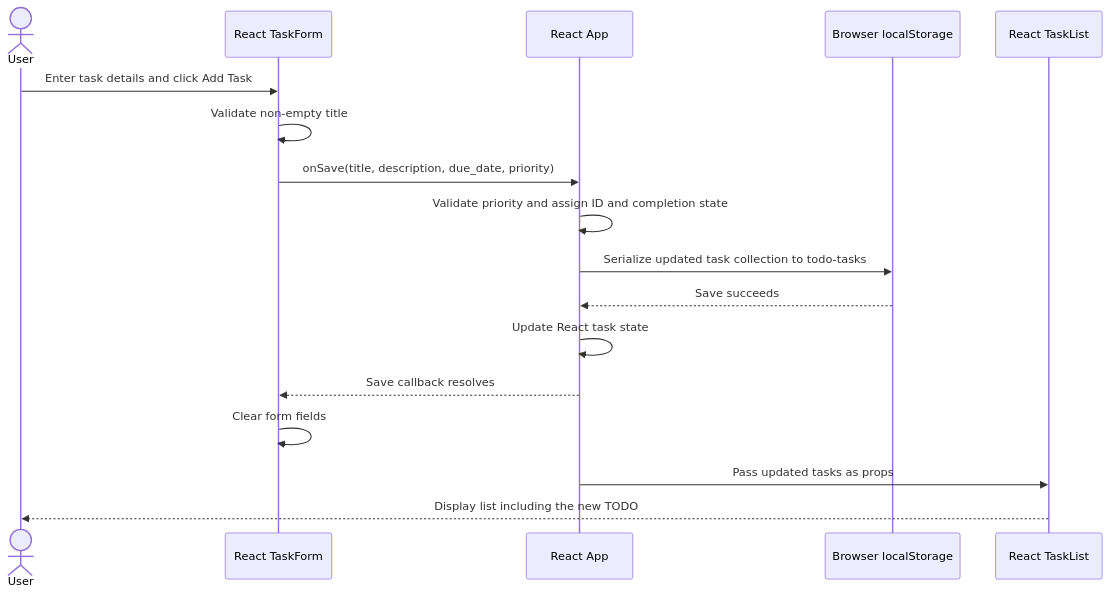
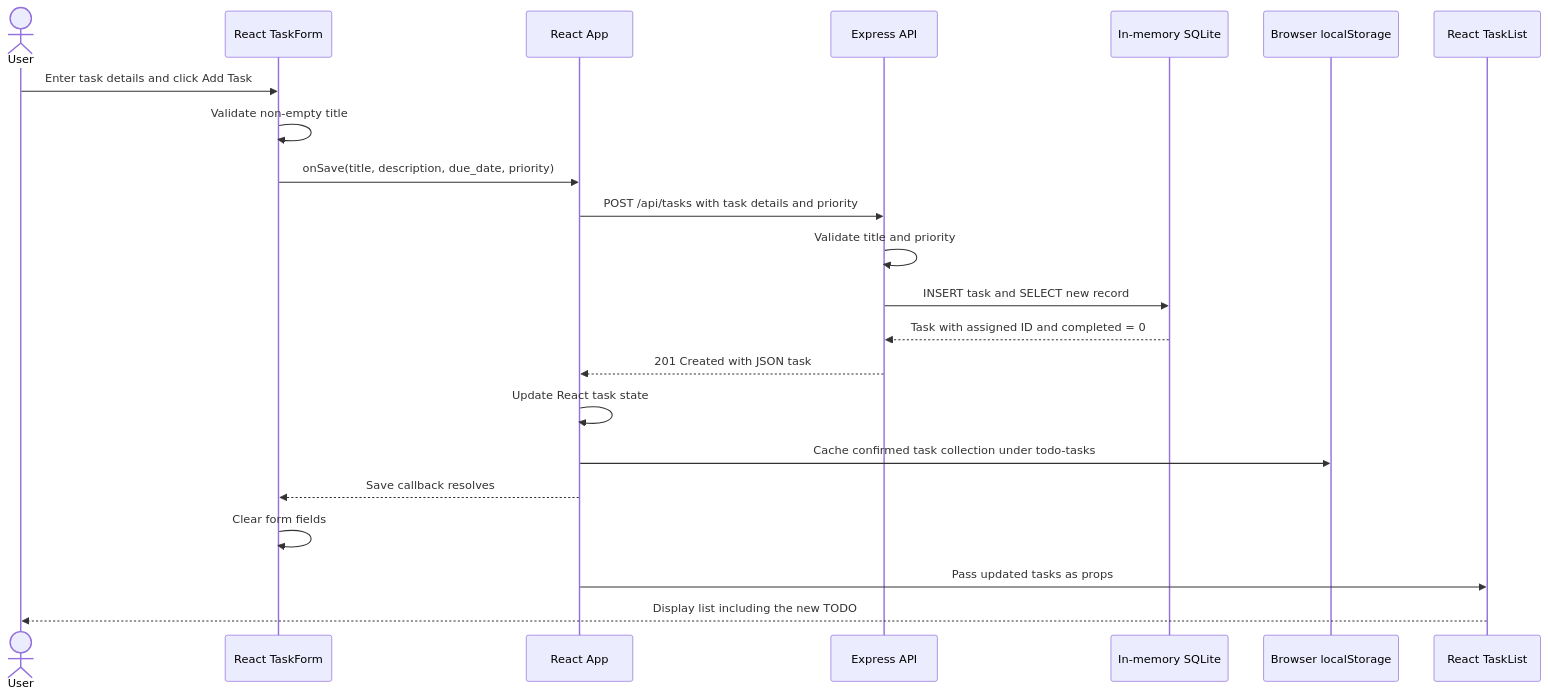
Before and after one commit to yehiaitani01/ae-bootcamp-session-3: the second of 2 diagrams in docs/cloud-architecture-overview.md, drawn with Mermaid. The commit also changed other lines of this file and 7 other files, not shown here.

````diff
--- a/docs/cloud-architecture-overview.md
+++ b/docs/cloud-architecture-overview.md
@@ -33,20 +35,25 @@
 ```mermaid
 sequenceDiagram
     actor User
     participant Form as React TaskForm
     participant App as React App
-    participant Store as Browser localStorage
+    participant API as Express API
+    participant Store as In-memory SQLite
+    participant Cache as Browser localStorage
     participant List as React TaskList
 
     User->>Form: Enter task details and click Add Task
     Form->>Form: Validate non-empty title
     Form->>App: onSave(title, description, due_date, priority)
-    App->>App: Validate priority and assign ID and completion state
-    App->>Store: Serialize updated task collection to todo-tasks
-    Store-->>App: Save succeeds
+    App->>API: POST /api/tasks with task details and priority
+    API->>API: Validate title and priority
+    API->>Store: INSERT task and SELECT new record
+    Store-->>API: Task with assigned ID and completed = 0
+    API-->>App: 201 Created with JSON task
     App->>App: Update React task state
+    App->>Cache: Cache confirmed task collection under todo-tasks
     App-->>Form: Save callback resolves
     Form->>Form: Clear form fields
     App->>List: Pass updated tasks as props
     List-->>User: Display list including the new TODO
 ```
````
